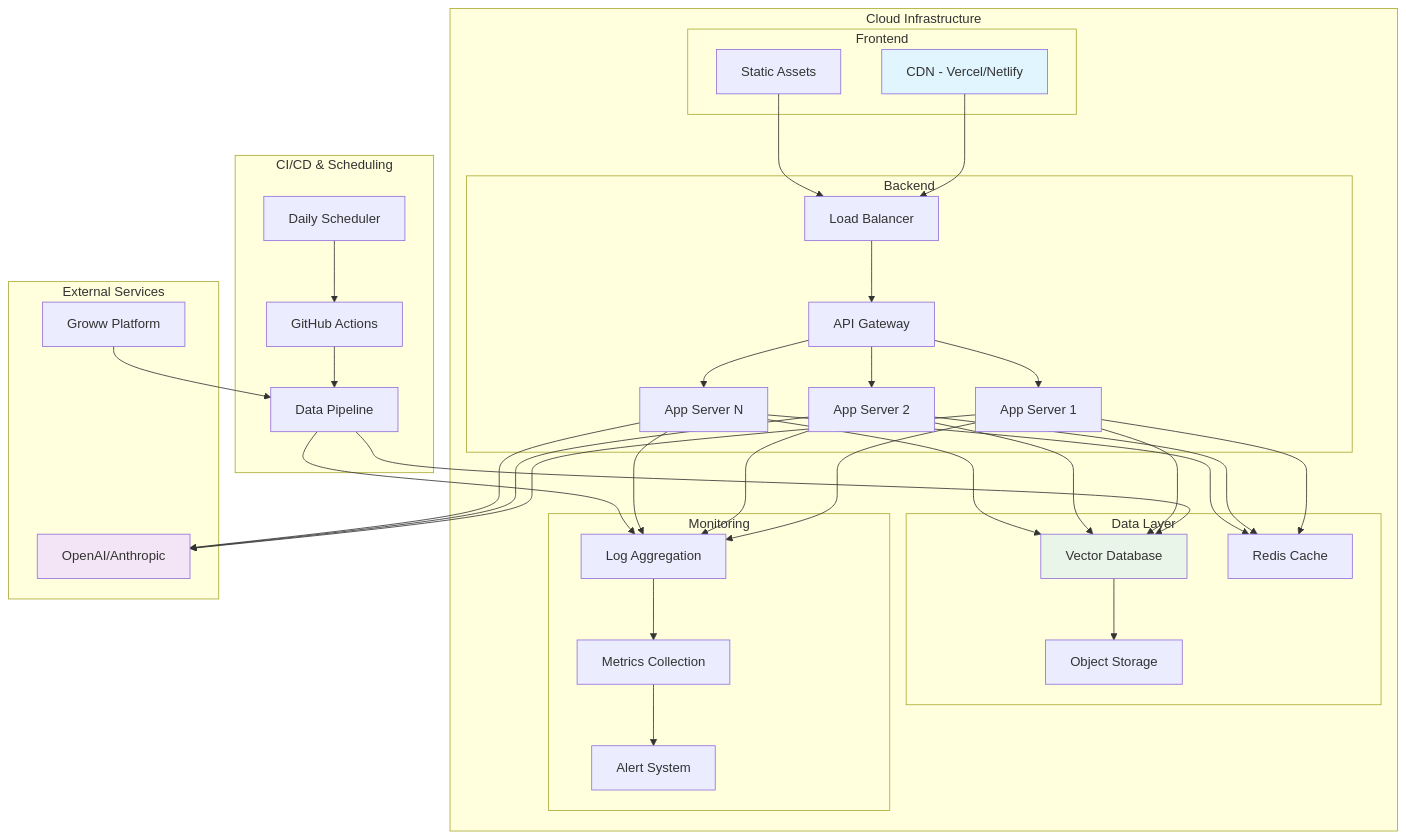
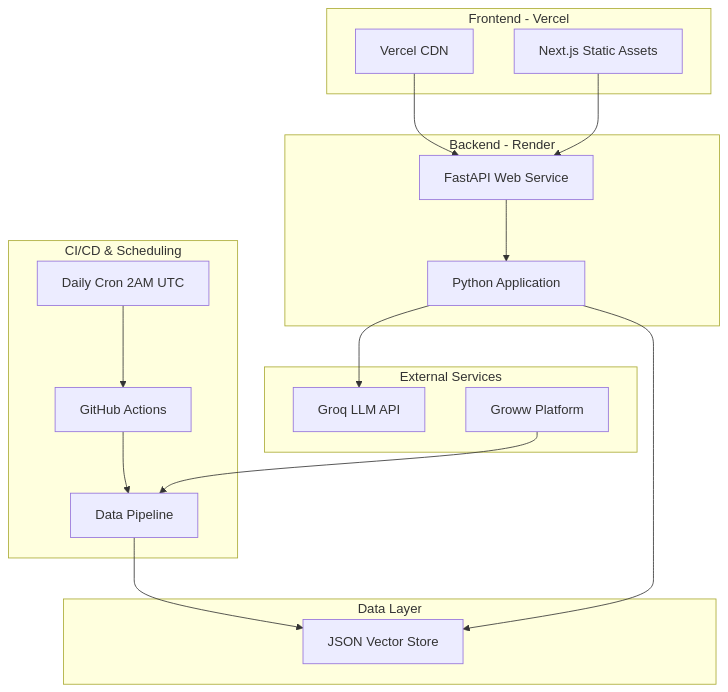
One commit to hey2308/Groww-RAG-chatbot changed diagram 11 of 13 in doc/architecture.md. Above: the diagram before and after it, drawn with Mermaid. The commit also changed other lines of this file, not shown here.

Commit message:
Update architecture.md: reflect current tech stack (Groq, pure Python vector store, Next.js, Render)

````diff
--- a/doc/architecture.md
+++ b/doc/architecture.md
@@ -758,78 +727,40 @@
 ```mermaid
 graph TB
     subgraph "CI/CD & Scheduling"
         GA[GitHub Actions]
-        Scheduler[Daily Scheduler]
+        Scheduler[Daily Cron 2AM UTC]
         Pipeline[Data Pipeline]
     end
     
-    subgraph "Cloud Infrastructure"
-        subgraph "Frontend"
-            CDN[CDN - Vercel/Netlify]
-            Static[Static Assets]
-        end
-        
-        subgraph "Backend"
-            LB[Load Balancer]
-            API[API Gateway]
-            App1[App Server 1]
-            App2[App Server 2]
-            App3[App Server N]
-        end
-        
-        subgraph "Data Layer"
-            VDB[Vector Database]
-            Cache[Redis Cache]
-            Storage[Object Storage]
-        end
-        
-        subgraph "Monitoring"
-            Logs[Log Aggregation]
-            Metrics[Metrics Collection]
-            Alerts[Alert System]
-        end
+    subgraph "Frontend - Vercel"
+        CDN[Vercel CDN]
+        Static[Next.js Static Assets]
+    end
+    
+    subgraph "Backend - Render"
+        API[FastAPI Web Service]
+        App[Python Application]
+    end
+    
+    subgraph "Data Layer"
+        VDB[JSON Vector Store]
     end
     
     subgraph "External Services"
-        LLM[OpenAI/Anthropic]
+        LLM[Groq LLM API]
         Groww[Groww Platform]
     end
     
     Scheduler --> GA
     GA --> Pipeline
     Pipeline --> VDB
     
-    CDN --> LB
-    Static --> LB
-    LB --> API
-    API --> App1
-    API --> App2
-    API --> App3
+    CDN --> API
+    Static --> API
+    API --> App
     
-    App1 --> VDB
-    App1 --> Cache
-    App1 --> LLM
+    App --> VDB
+    App --> LLM
     
-    App2 --> VDB
-    App2 --> Cache
-    App2 --> LLM
-    
-    App3 --> VDB
-    App3 --> Cache
-    App3 --> LLM
-    
-    VDB --> Storage
     Groww --> Pipeline
-    
-    App1 --> Logs
-    App2 --> Logs
-    App3 --> Logs
-    Pipeline --> Logs
-    
-    Logs --> Metrics
-    Metrics --> Alerts
-    
-    style CDN fill:#e1f5fe
-    style VDB fill:#e8f5e8
-    style LLM fill:#f3e5f5
 ```
````
